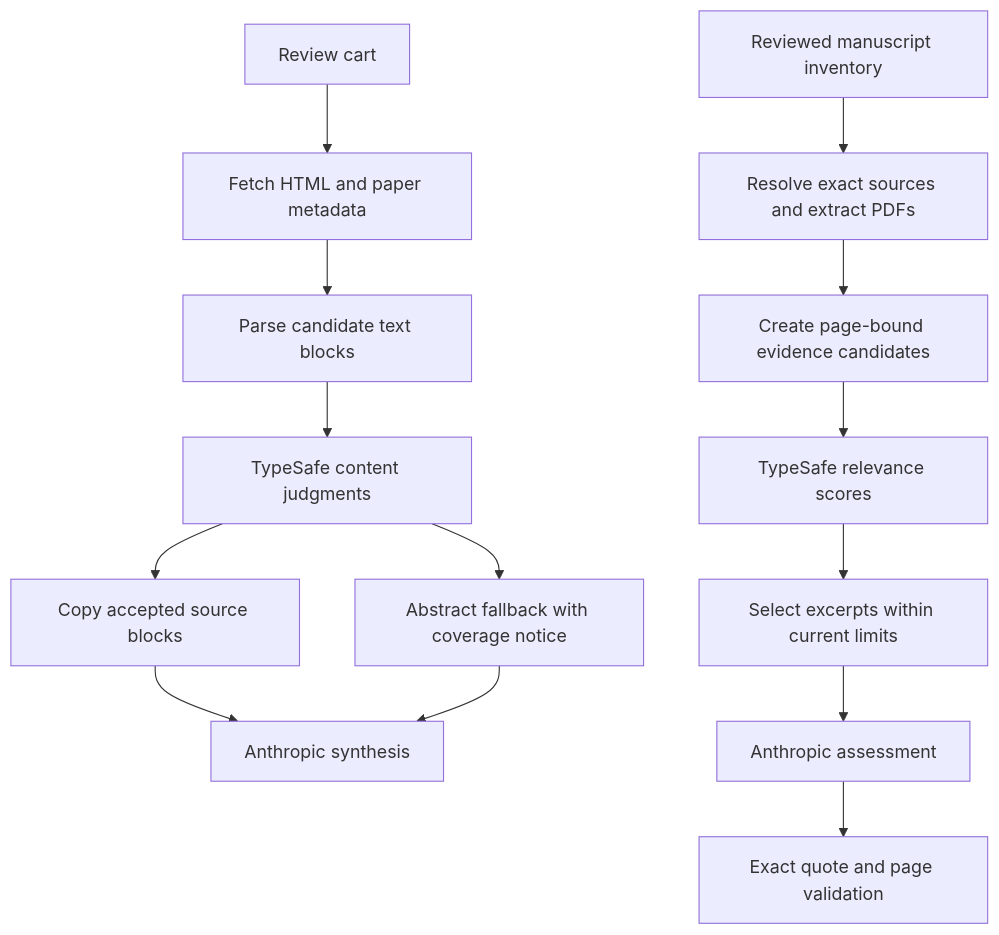
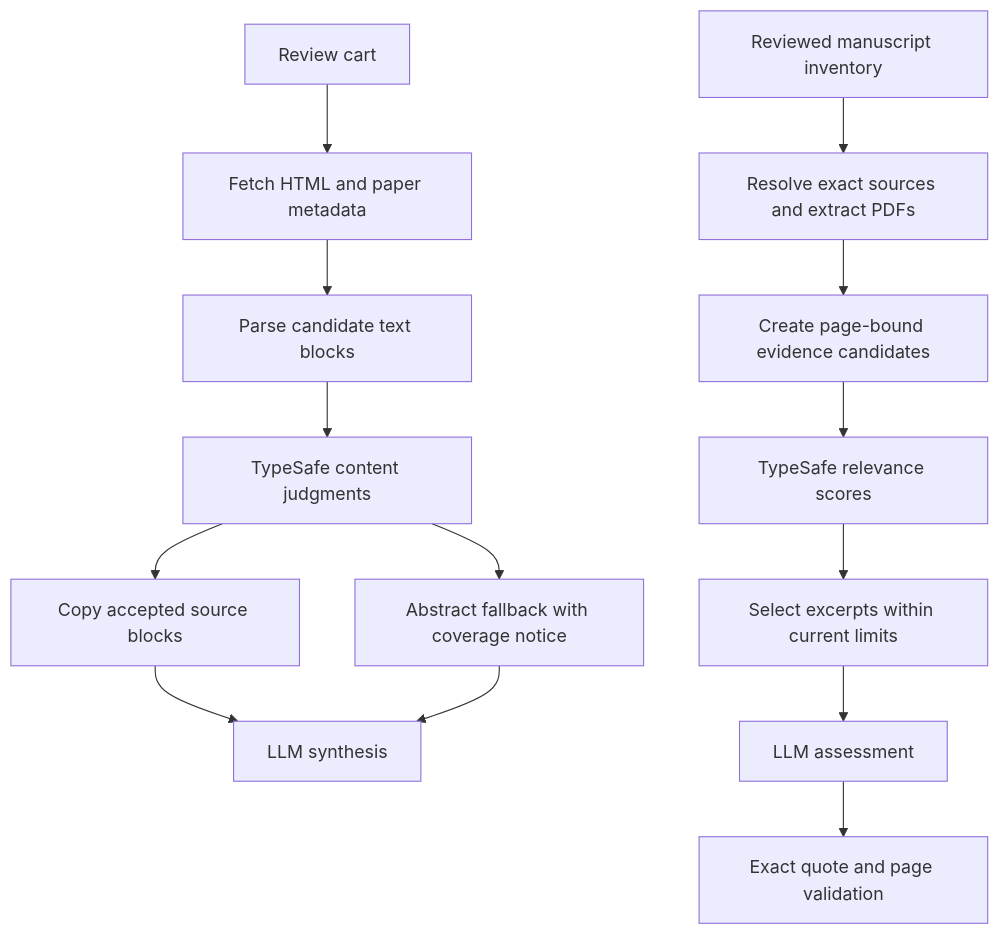
The diagram in experiments/typesafe/WORKFLOW_PLAN.md (amahaja5/lit-graph), drawn with Mermaid before and after one commit. The commit also changed other lines of this file and 55 other files, not shown here.

````diff
--- a/experiments/typesafe/WORKFLOW_PLAN.md
+++ b/experiments/typesafe/WORKFLOW_PLAN.md
@@ -9,16 +11,16 @@
 ```mermaid
 flowchart TD
   A[Review cart] --> B[Fetch HTML and paper metadata]
   B --> C[Parse candidate text blocks]
   C --> D[TypeSafe content judgments]
   D --> E[Copy accepted source blocks]
   D --> F[Abstract fallback with coverage notice]
-  E --> G[Anthropic synthesis]
+  E --> G[LLM synthesis]
   F --> G
   H[Reviewed manuscript inventory] --> I[Resolve exact sources and extract PDFs]
   I --> J[Create page-bound evidence candidates]
   J --> K[TypeSafe relevance scores]
   K --> L[Select excerpts within current limits]
-  L --> M[Anthropic assessment]
+  L --> M[LLM assessment]
   M --> N[Exact quote and page validation]
 ```
````
